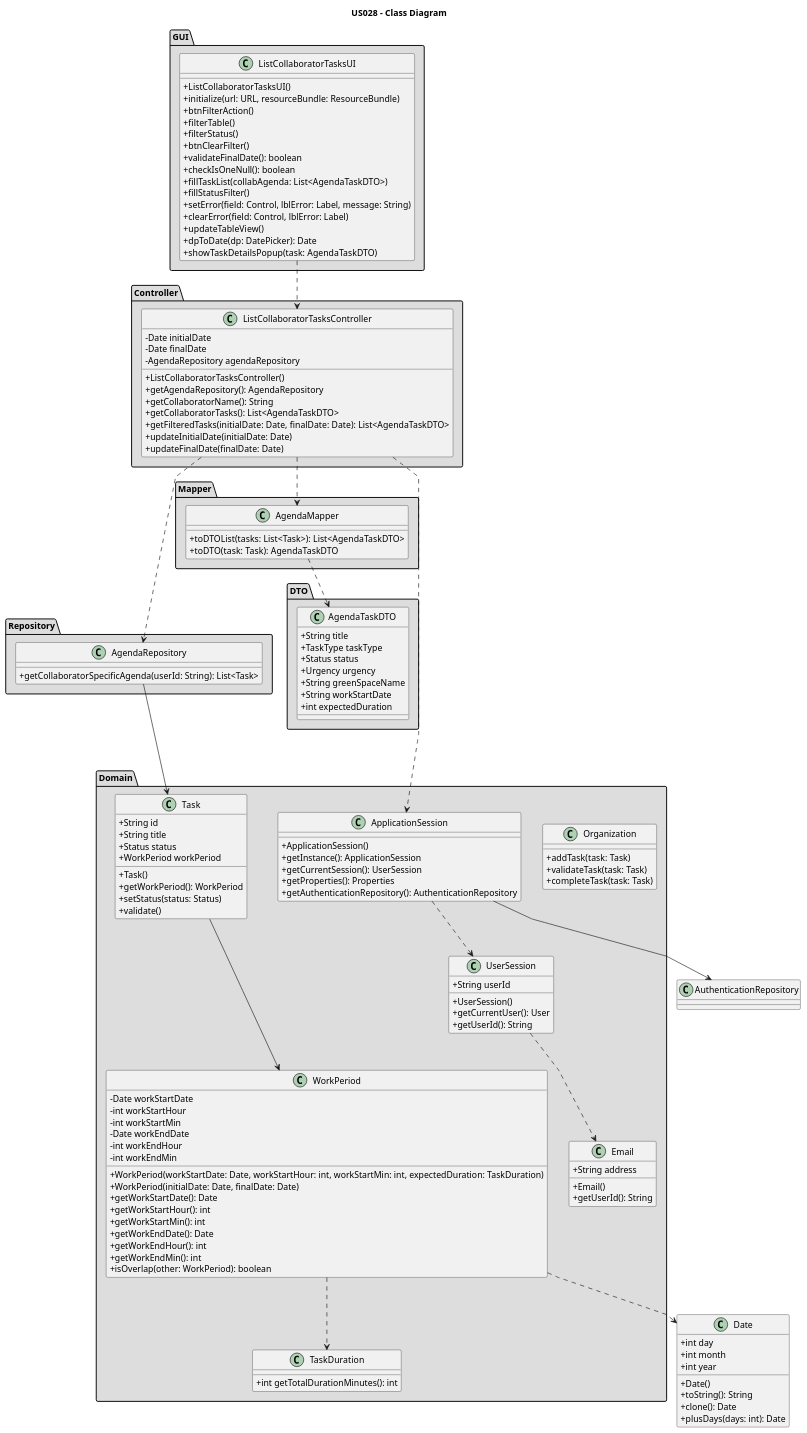
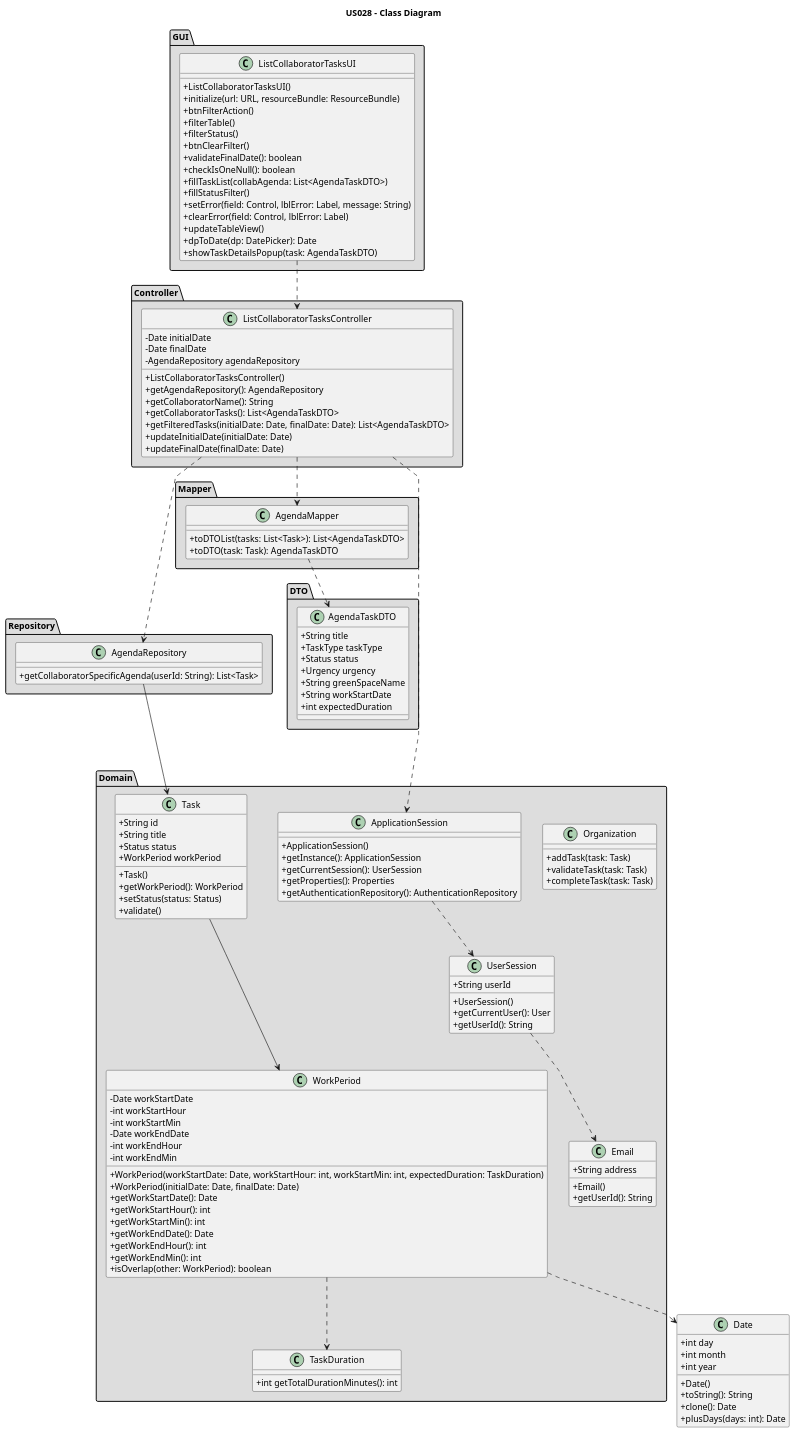
The diagram in docs/sprintC/us028/03.design/puml/us028-class-diagram.puml (Rui-San/LAPR2_2023_2024), drawn with PlantUML before and after one commit.

Commit message:
US28 - Class diagram

```diff
--- a/docs/sprintC/us028/03.design/puml/us028-class-diagram.puml
+++ b/docs/sprintC/us028/03.design/puml/us028-class-diagram.puml
@@ -1,158 +1,157 @@
 @startuml
 'skinparam monochrome true
 skinparam packageStyle rectangle
 skinparam shadowing false
 skinparam linetype polyline
 
 skinparam classAttributeIconSize 0
 
 title US028 - Class Diagram
 
 package GUI <<Folder>> #DDDDDD {
     class ListCollaboratorTasksUI {
         + ListCollaboratorTasksUI()
         + initialize(url: URL, resourceBundle: ResourceBundle)
         + btnFilterAction()
         + filterTable()
         + filterStatus()
         + btnClearFilter()
         + validateFinalDate(): boolean
         + checkIsOneNull(): boolean
         + fillTaskList(collabAgenda: List<AgendaTaskDTO>)
         + fillStatusFilter()
         + setError(field: Control, lblError: Label, message: String)
         + clearError(field: Control, lblError: Label)
         + updateTableView()
         + dpToDate(dp: DatePicker): Date
         + showTaskDetailsPopup(task: AgendaTaskDTO)
     }
 }
 
 package Controller <<Folder>> #DDDDDD {
     class ListCollaboratorTasksController {
         - Date initialDate
         - Date finalDate
         - AgendaRepository agendaRepository
         + ListCollaboratorTasksController()
         + getAgendaRepository(): AgendaRepository
         + getCollaboratorName(): String
         + getCollaboratorTasks(): List<AgendaTaskDTO>
         + getFilteredTasks(initialDate: Date, finalDate: Date): List<AgendaTaskDTO>
         + updateInitialDate(initialDate: Date)
         + updateFinalDate(finalDate: Date)
     }
 }
 
 package Repository <<Folder>> #DDDDDD {
     class AgendaRepository {
         + getCollaboratorSpecificAgenda(userId: String): List<Task>
     }
 }
 
 package Mapper <<Folder>> #DDDDDD {
     class AgendaMapper {
         + toDTOList(tasks: List<Task>): List<AgendaTaskDTO>
         + toDTO(task: Task): AgendaTaskDTO
     }
 }
 
 package DTO <<Folder>> #DDDDDD {
     class AgendaTaskDTO {
         + String title
         + TaskType taskType
         + Status status
         + Urgency urgency
         + String greenSpaceName
         + String workStartDate
         + int expectedDuration
     }
 }
 
 package Domain <<Folder>> #DDDDDD {
     class Organization {
         + addTask(task: Task)
         + validateTask(task: Task)
         + completeTask(task: Task)
     }
 
     class Task {
         + String id
         + String title
         + Status status
         + WorkPeriod workPeriod
         + Task()
         + getWorkPeriod(): WorkPeriod
         + setStatus(status: Status)
         + validate()
     }
 
     class WorkPeriod {
         - Date workStartDate
         - int workStartHour
         - int workStartMin
         - Date workEndDate
         - int workEndHour
         - int workEndMin
         + WorkPeriod(workStartDate: Date, workStartHour: int, workStartMin: int, expectedDuration: TaskDuration)
         + WorkPeriod(initialDate: Date, finalDate: Date)
         + getWorkStartDate(): Date
         + getWorkStartHour(): int
         + getWorkStartMin(): int
         + getWorkEndDate(): Date
         + getWorkEndHour(): int
         + getWorkEndMin(): int
         + isOverlap(other: WorkPeriod): boolean
     }
 
     class TaskDuration {
         + int getTotalDurationMinutes(): int
     }
 
     class Email {
         + String address
         + Email()
         + getUserId(): String
     }
 
     class UserSession {
         + String userId
         + UserSession()
         + getCurrentUser(): User
         + getUserId(): String
     }
 
     class ApplicationSession {
         + ApplicationSession()
         + getInstance(): ApplicationSession
         + getCurrentSession(): UserSession
         + getProperties(): Properties
         + getAuthenticationRepository(): AuthenticationRepository
     }
 }
 
 
 
 class Date {
     + int day
     + int month
     + int year
     + Date()
     + toString(): String
     + clone(): Date
     + plusDays(days: int): Date
 }
 
 ListCollaboratorTasksUI .down.> ListCollaboratorTasksController
 ListCollaboratorTasksController ...> AgendaRepository
 ListCollaboratorTasksController ..> AgendaMapper
 ListCollaboratorTasksController ..> ApplicationSession
 AgendaRepository ---> Task
 AgendaMapper ..> AgendaTaskDTO
 Task ---> WorkPeriod
 WorkPeriod ..> Date
 WorkPeriod ..> TaskDuration
 ApplicationSession ..> UserSession
-ApplicationSession --> AuthenticationRepository
 UserSession .down.> Email
 
 @enduml
```
